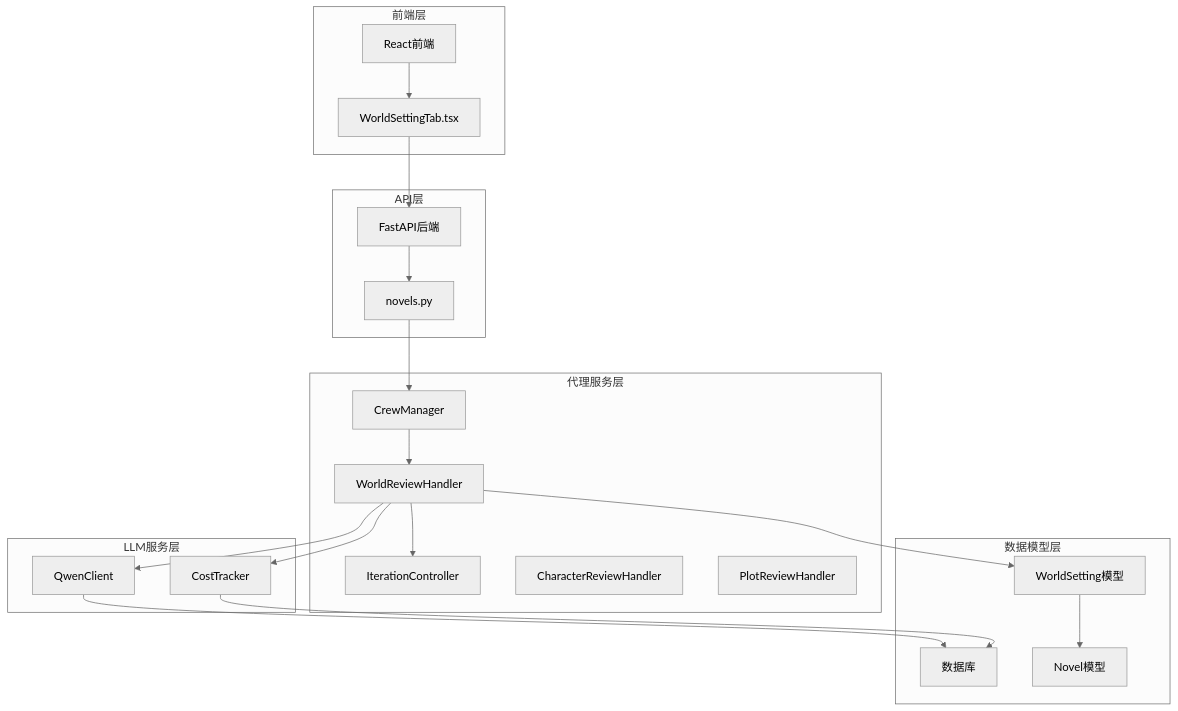
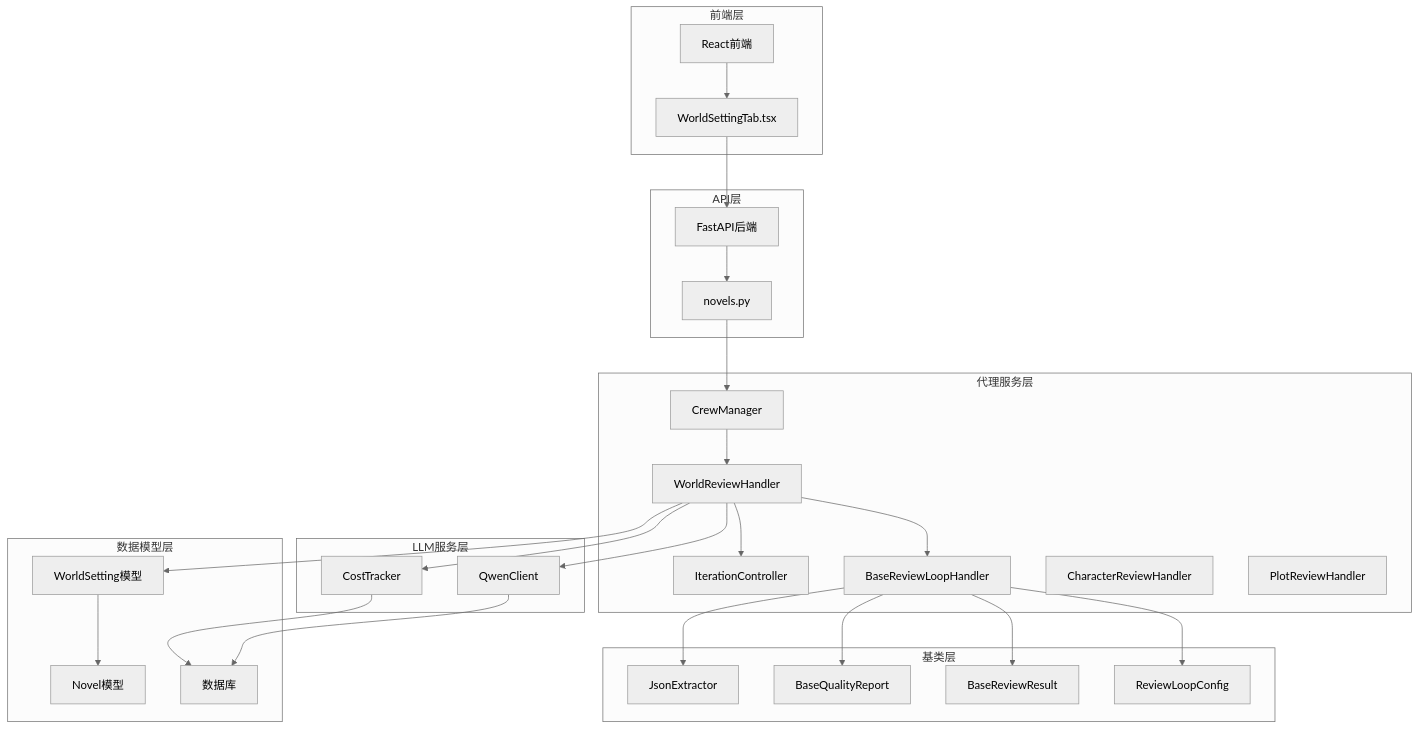
Before and after one commit to xfbyxq/ai-novel-system: the first of 10 diagrams in .qoder/repowiki/zh/content/AI智能体系统/世界设定审查处理器.md, drawn with Mermaid (neutral theme). The commit also changed other lines of this file and 84 other files, not shown here.

````diff
--- a/.qoder/repowiki/zh/content/AI智能体系统/世界设定审查处理器.md
+++ b/.qoder/repowiki/zh/content/AI智能体系统/世界设定审查处理器.md
@@ -52,39 +56,51 @@
 ```mermaid
 graph TB
 subgraph "前端层"
 FE[React前端]
 WS[WorldSettingTab.tsx]
 end
 subgraph "API层"
 API[FastAPI后端]
 NOVELS[novels.py]
 end
 subgraph "代理服务层"
 CM[CrewManager]
 WRH[WorldReviewHandler]
+BRH[BaseReviewLoopHandler]
 IC[IterationController]
 CRH[CharacterReviewHandler]
 PRH[PlotReviewHandler]
+end
+subgraph "基类层"
+RLC[ReviewLoopConfig]
+BRR[BaseReviewResult]
+BQR[BaseQualityReport]
+JE[JsonExtractor]
 end
 subgraph "LLM服务层"
 QC[QwenClient]
 CT[CostTracker]
 end
 subgraph "数据模型层"
 DB[数据库]
 WSModel[WorldSetting模型]
 NM[Novel模型]
 end
 FE --> WS
 WS --> API
 API --> NOVELS
 NOVELS --> CM
 CM --> WRH
+WRH --> BRH
+BRH --> RLC
+BRH --> BRR
+BRH --> BQR
+BRH --> JE
 WRH --> IC
 WRH --> QC
 WRH --> CT
 QC --> DB
 CT --> DB
 WRH --> WSModel
 WSModel --> NM
 ```
````
